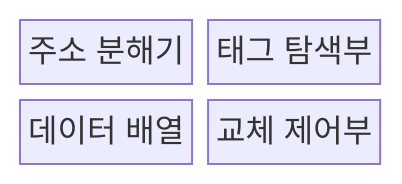
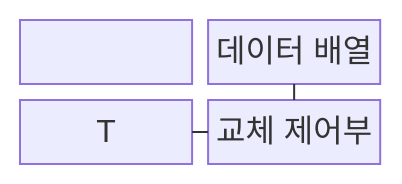
The first of 2 diagrams in src/content/docs/notes/02-hardware/012_cache_memory_mapping.md (agnusdei1207/knowledge-base), drawn with Mermaid before and after one commit. The commit also changed other lines of this file and 20 other files, not shown here.

````diff
--- a/src/content/docs/notes/02-hardware/012_cache_memory_mapping.md
+++ b/src/content/docs/notes/02-hardware/012_cache_memory_mapping.md
@@ -73,8 +74,7 @@
 ```mermaid
 block
     columns 2
-    A["주소 분해기"]
-    T["태그 탐색부"]
-    D["데이터 배열"]
-    R["교체 제어부"]
+    A["주소 분해기"] --- T["태그 탐색부"] --- D["데이터 배열"]
+    T --- R["교체 제어부"]
+    R --- D
 ```
````
